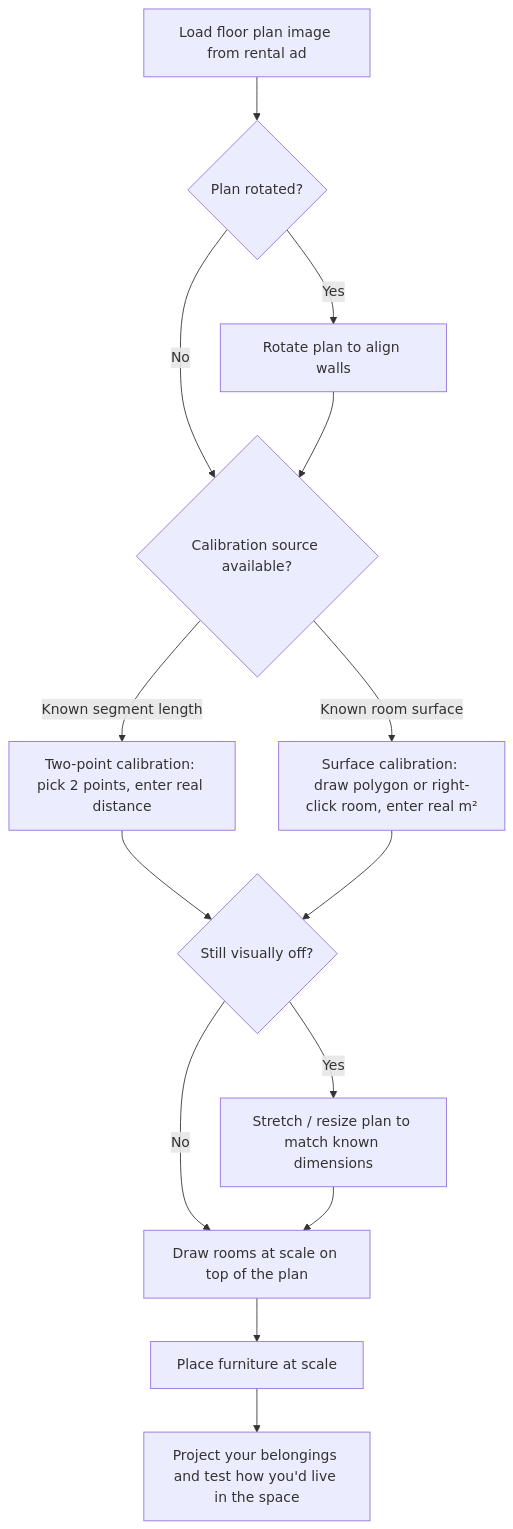
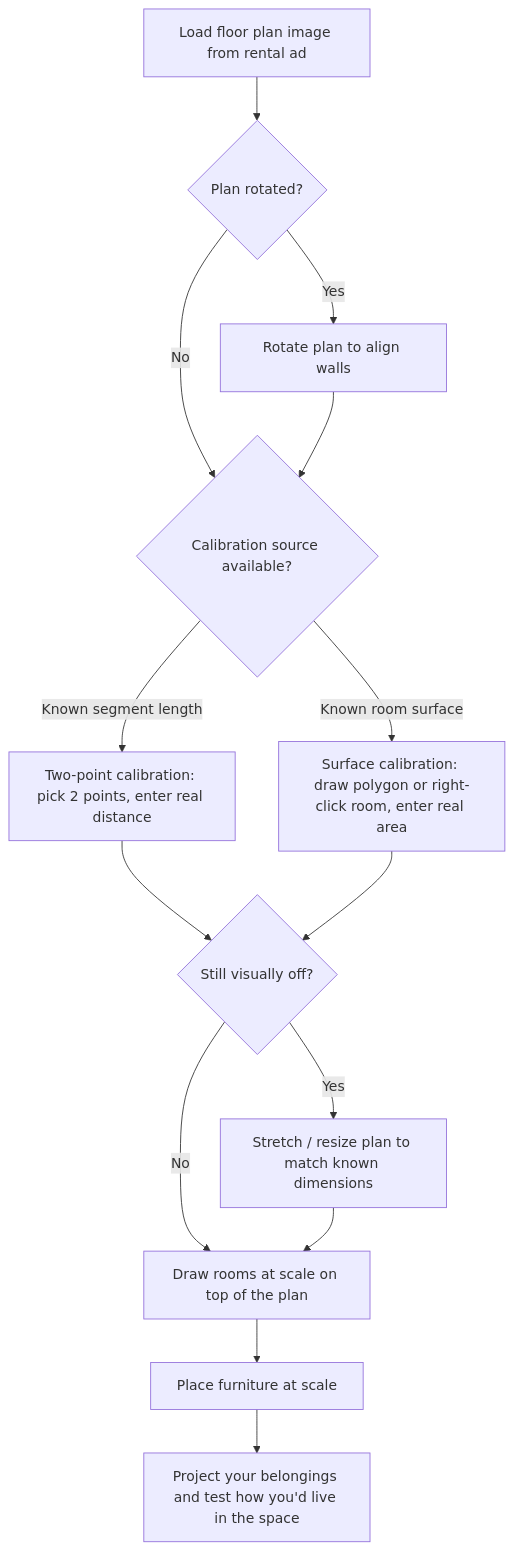
Before and after one commit to Tucsky/sqale: the diagram in README.md, drawn with Mermaid. The commit also changed other lines of this file and 20 other files, not shown here.

````diff
--- a/README.md
+++ b/README.md
@@ -68,16 +69,16 @@
 ```mermaid
 flowchart TD
   A[Load floor plan image from rental ad] --> B{Plan rotated?}
   B -->|Yes| C[Rotate plan to align walls]
   B -->|No| D{Calibration source available?}
   C --> D
   D -->|Known segment length| E[Two-point calibration: pick 2 points, enter real distance]
-  D -->|Known room surface| F[Surface calibration: draw polygon or right-click room, enter real m²]
+  D -->|Known room surface| F[Surface calibration: draw polygon or right-click room, enter real area]
   E --> G{Still visually off?}
   F --> G
   G -->|Yes| H[Stretch / resize plan to match known dimensions]
   G -->|No| I[Draw rooms at scale on top of the plan]
   H --> I
   I --> J[Place furniture at scale]
   J --> K[Project your belongings and test how you'd live in the space]
 ```
````
